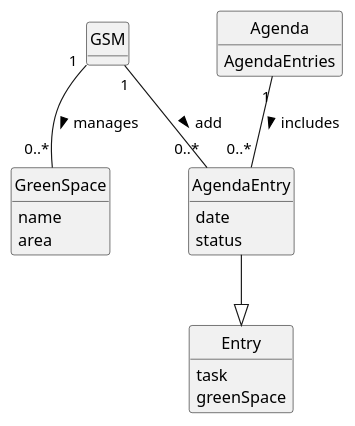
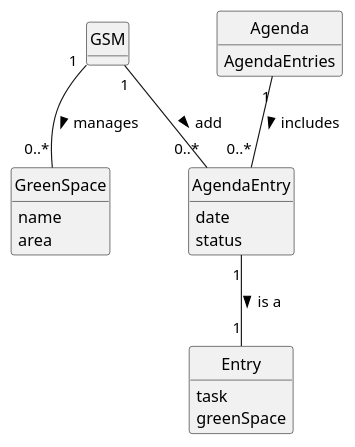
Before and after one commit to diogoveirospro/lei-24-s2-1dg-g072: the diagram in docs/sprintC/us022/02.analysis/puml/us022-domain-model.puml, drawn with PlantUML. The commit also changed 8 other files, not shown here.

```diff
--- a/docs/sprintC/us022/02.analysis/puml/us022-domain-model.puml
+++ b/docs/sprintC/us022/02.analysis/puml/us022-domain-model.puml
@@ -1,43 +1,43 @@
 @startuml
 skinparam monochrome true
 skinparam packageStyle rectangle
 skinparam shadowing false
 
 'left to right direction
 
 skinparam classAttributeIconSize 0
 hide circles
 hide methods
 
 
 class GSM {
 
 }
 
 class GreenSpace {
   name
   area
 }
 
 class Entry {
     task
     greenSpace
 }
 
 class AgendaEntry {
     date
     status
 }
 
 class Agenda {
     AgendaEntries
 }
 
 
 GSM "1" -- "0..*" GreenSpace : manages >
 Agenda "1" -- "0..*" AgendaEntry : includes >
-AgendaEntry --|> Entry
+AgendaEntry "1" -- "1" Entry: is a >
 GSM "1" -- "0..*" AgendaEntry : add >
 
 
 @enduml
```
